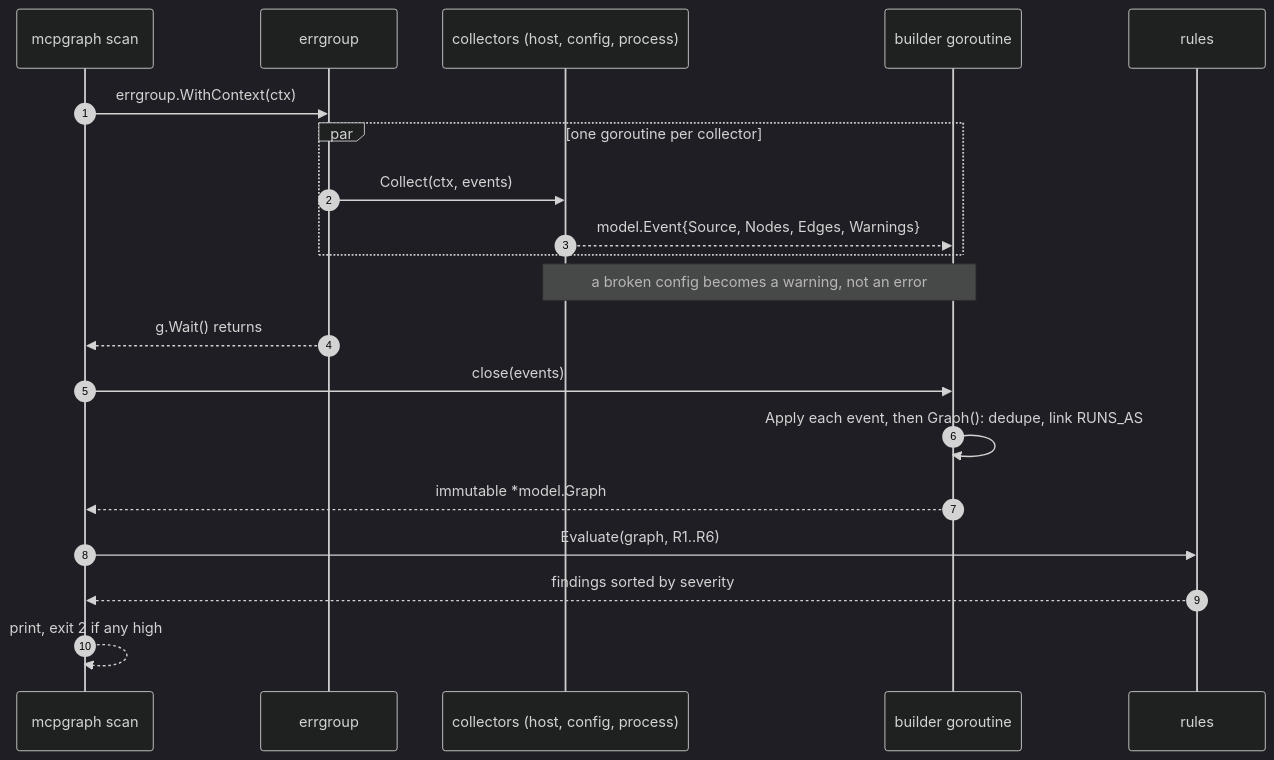
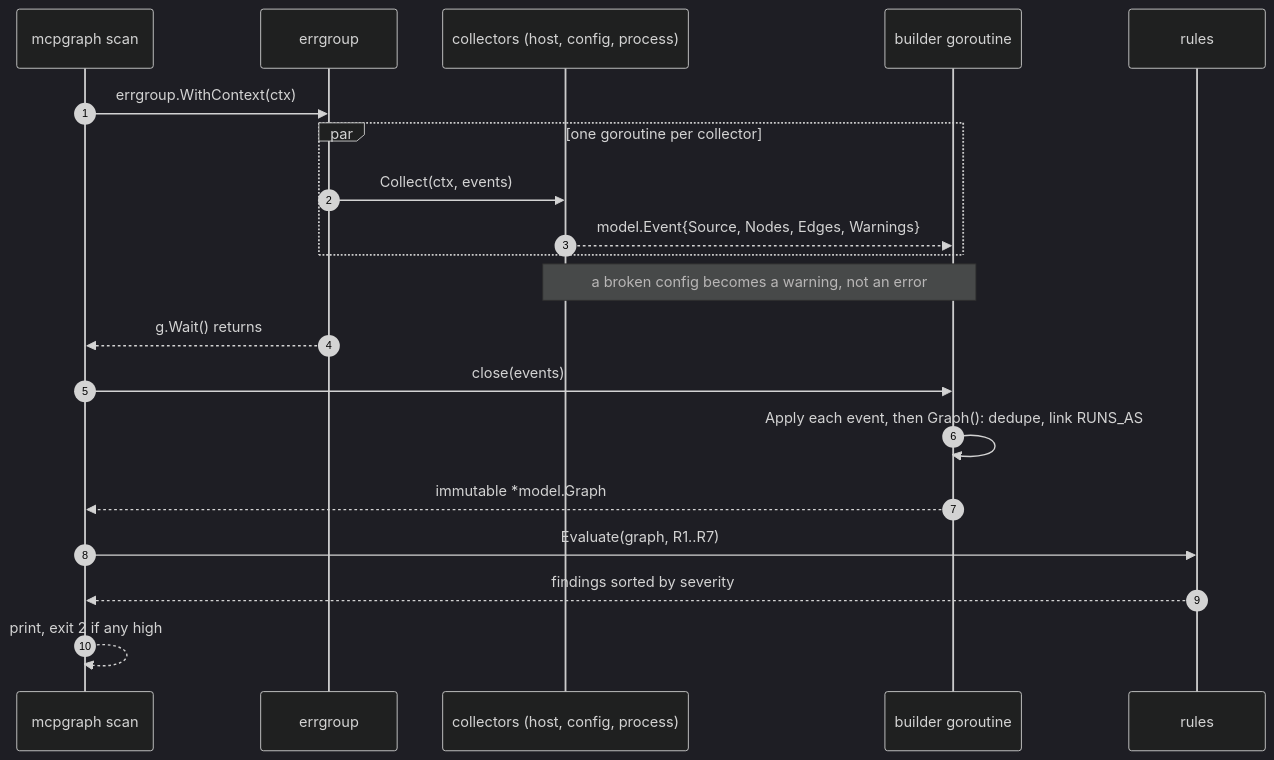
The seventh of 8 diagrams in README.md (pilsu-choi/mcpgraph), drawn with Mermaid (dark theme) before and after one commit. The commit also changed other lines of this file and 121 other files, not shown here.

````diff
--- a/README.md
+++ b/README.md
@@ -236,22 +240,22 @@
 ```mermaid
 sequenceDiagram
   autonumber
   participant CLI as mcpgraph scan
   participant EG as errgroup
   participant Col as collectors (host, config, process)
   participant B as builder goroutine
   participant Ru as rules
   CLI->>EG: errgroup.WithContext(ctx)
   par one goroutine per collector
     EG->>Col: Collect(ctx, events)
     Col-->>B: model.Event{Source, Nodes, Edges, Warnings}
   end
   Note over Col,B: a broken config becomes a warning, not an error
   EG-->>CLI: g.Wait() returns
   CLI->>B: close(events)
   B->>B: Apply each event, then Graph(): dedupe, link RUNS_AS
   B-->>CLI: immutable *model.Graph
-  CLI->>Ru: Evaluate(graph, R1..R6)
+  CLI->>Ru: Evaluate(graph, R1..R7)
   Ru-->>CLI: findings sorted by severity
   CLI-->>CLI: print, exit 2 if any high
 ```
````
